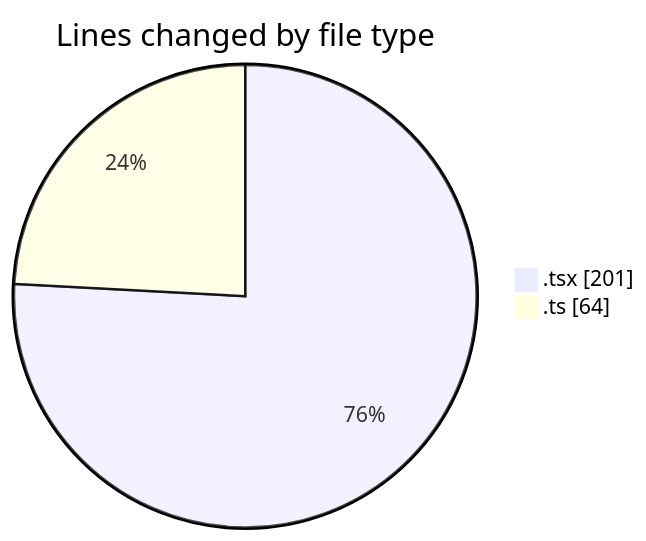
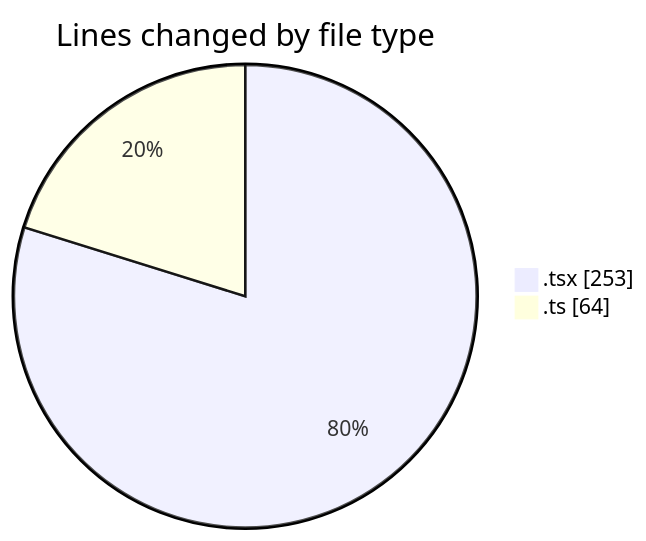
Before and after one commit to nxtqubesakshisongat/code-tracking: the first of 2 diagrams in 2026-04-20/airfeed-analytics-dashboard/README.md, drawn with Mermaid. The commit also changed other lines of this file and 1 other file, not shown here.

````diff
--- a/2026-04-20/airfeed-analytics-dashboard/README.md
+++ b/2026-04-20/airfeed-analytics-dashboard/README.md
@@ -21,6 +21,6 @@
 ```mermaid
 pie showData
 title Lines changed by file type
-".tsx" : 201
+".tsx" : 253
 ".ts" : 64
 ```
````
